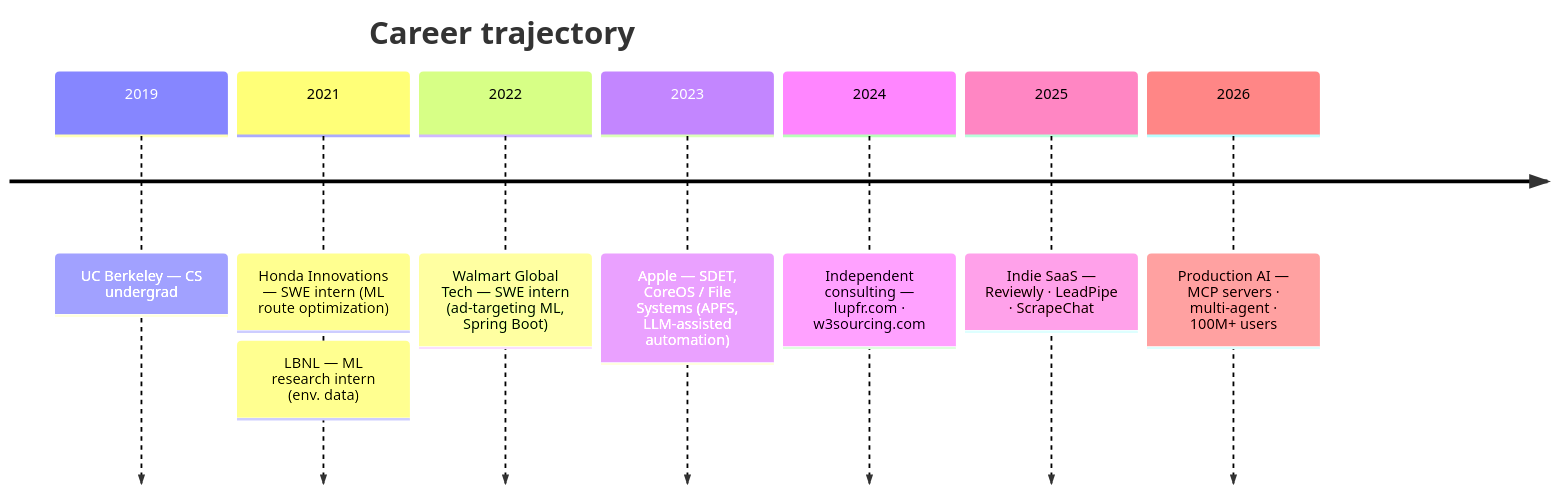
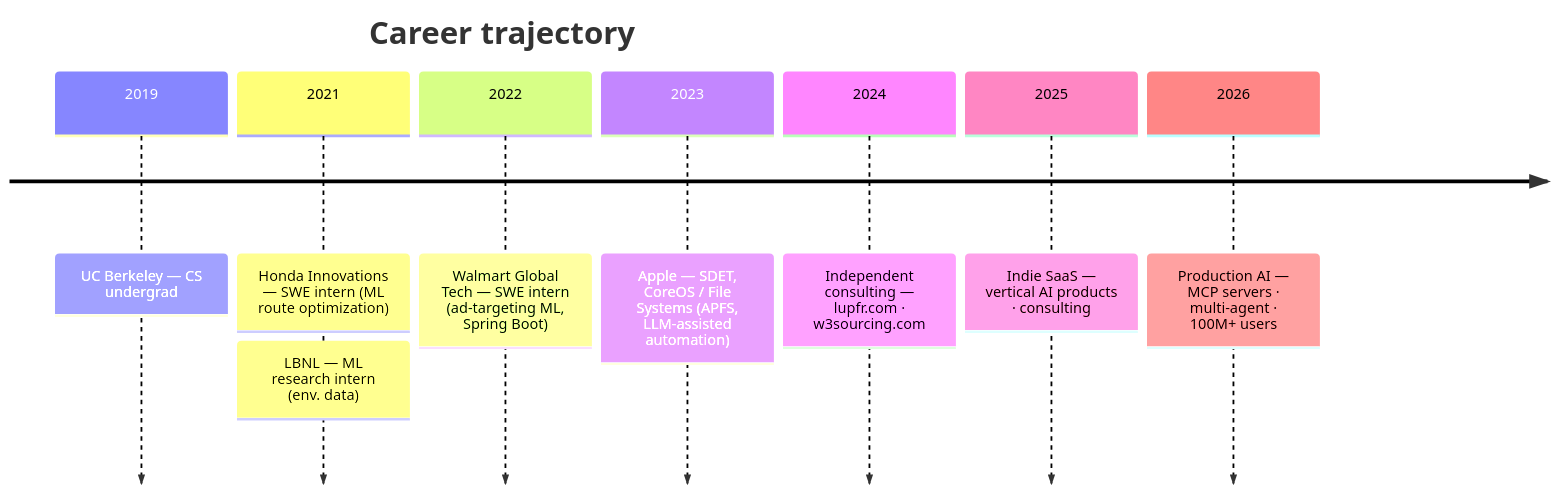
The second of 3 diagrams in README.md (ml-lubich/ml-lubich), drawn with Mermaid before and after one commit. The commit also changed other lines of this file and 1 other file, not shown here.

````diff
--- a/README.md
+++ b/README.md
@@ -147,12 +140,12 @@
 ```mermaid
 timeline
     title Career trajectory
     2019 : UC Berkeley — CS undergrad
     2021 : Honda Innovations — SWE intern (ML route optimization)
          : LBNL — ML research intern (env. data)
     2022 : Walmart Global Tech — SWE intern (ad-targeting ML, Spring Boot)
     2023 : Apple — SDET, CoreOS / File Systems (APFS, LLM-assisted automation)
     2024 : Independent consulting — lupfr.com · w3sourcing.com
-    2025 : Indie SaaS — Reviewly · LeadPipe · ScrapeChat
+    2025 : Indie SaaS — vertical AI products · consulting
     2026 : Production AI — MCP servers · multi-agent · 100M+ users
 ```
````
